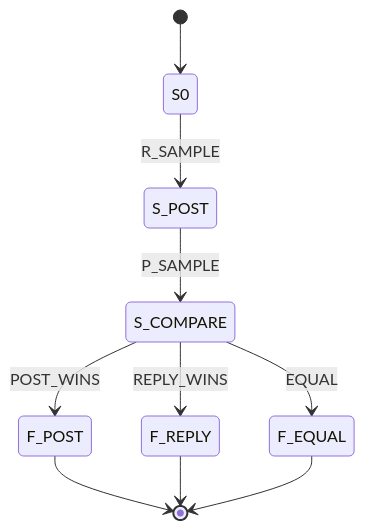
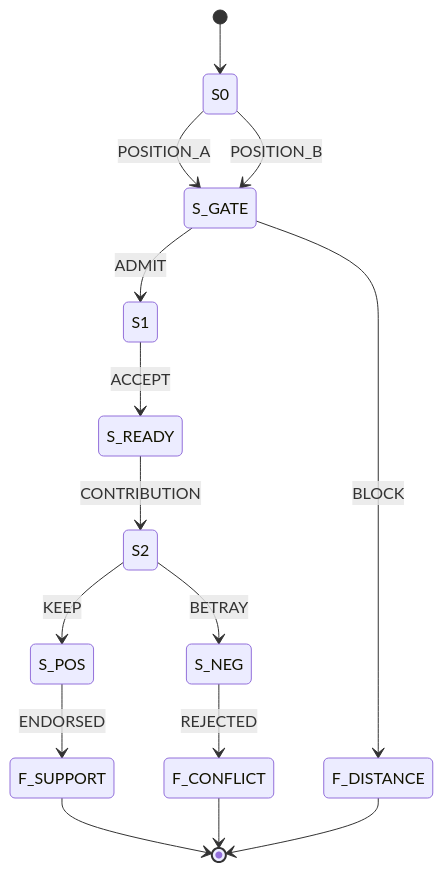
Diagram 14 of 16 in docs/content-review/stories.md (Stepami/golden-mouth), drawn with Mermaid before and after one commit. The commit also changed other lines of this file and 6 other files, not shown here.

````diff
--- a/docs/content-review/stories.md
+++ b/docs/content-review/stories.md
@@ -1147,12 +1734,17 @@
 ```mermaid
 stateDiagram-v2
     [*] --> S0
-    S0 --> S_POST: R_SAMPLE
-    S_POST --> S_COMPARE: P_SAMPLE
-    S_COMPARE --> F_POST: POST_WINS
-    S_COMPARE --> F_REPLY: REPLY_WINS
-    S_COMPARE --> F_EQUAL: EQUAL
-    F_POST --> [*]
-    F_REPLY --> [*]
-    F_EQUAL --> [*]
+    S0 --> S_GATE: POSITION_A
+    S0 --> S_GATE: POSITION_B
+    S_GATE --> S1: ADMIT
+    S_GATE --> F_DISTANCE: BLOCK
+    S1 --> S_READY: ACCEPT
+    S_READY --> S2: CONTRIBUTION
+    S2 --> S_POS: KEEP
+    S2 --> S_NEG: BETRAY
+    S_POS --> F_SUPPORT: ENDORSED
+    S_NEG --> F_CONFLICT: REJECTED
+    F_SUPPORT --> [*]
+    F_CONFLICT --> [*]
+    F_DISTANCE --> [*]
 ```
````
